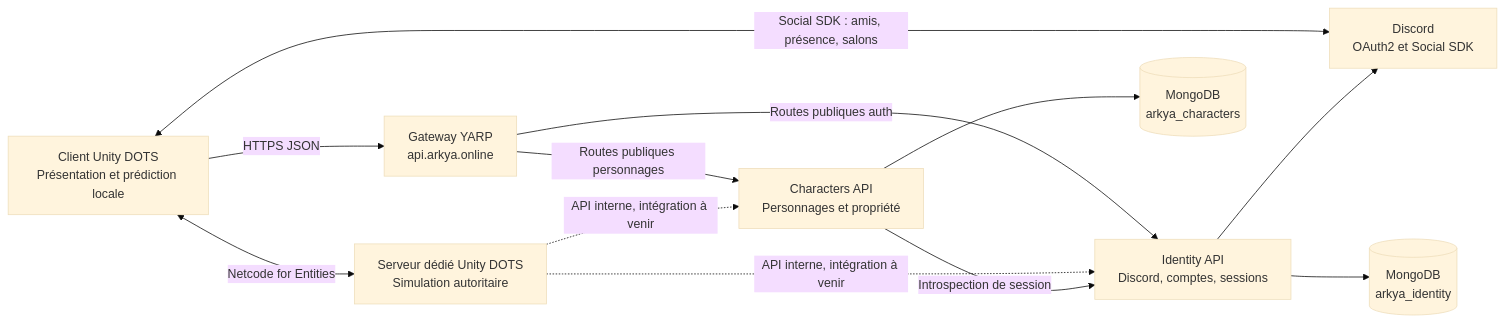
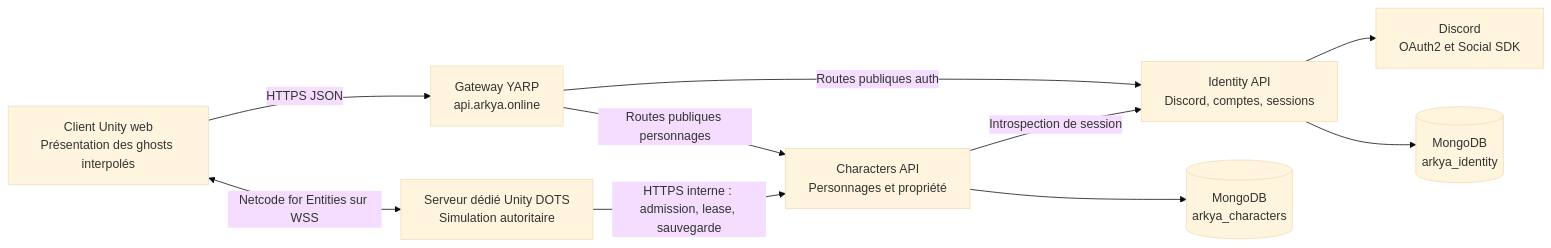
One commit to Hantse/arkya-services changed the diagram in docs/ARCHITECTURE.md. Above: the diagram before and after it, drawn with Mermaid (base theme). The commit also changed other lines of this file and 359 other files, not shown here.

````diff
--- a/docs/ARCHITECTURE.md
+++ b/docs/ARCHITECTURE.md
@@ -9,23 +9,21 @@
 ```mermaid
 flowchart LR
-    Client["Client Unity DOTS\nPrésentation et prédiction locale"]
+    Client["Client Unity web\nPrésentation des ghosts interpolés"]
     GameServer["Serveur dédié Unity DOTS\nSimulation autoritaire"]
     Gateway["Gateway YARP\napi.arkya.online"]
     Identity["Identity API\nDiscord, comptes, sessions"]
     Characters["Characters API\nPersonnages et propriété"]
     IdentityDb[("MongoDB\narkya_identity")]
     CharactersDb[("MongoDB\narkya_characters")]
     Discord["Discord\nOAuth2 et Social SDK"]
 
-    Client <-->|Netcode for Entities| GameServer
+    Client <-->|Netcode for Entities sur WSS| GameServer
     Client -->|HTTPS JSON| Gateway
     Gateway -->|Routes publiques auth| Identity
     Gateway -->|Routes publiques personnages| Characters
-    Client <-->|Social SDK : amis, présence, salons| Discord
-    GameServer -.->|API interne, intégration à venir| Identity
-    GameServer -.->|API interne, intégration à venir| Characters
+    GameServer -->|HTTPS interne : admission, lease, sauvegarde| Characters
     Characters -->|Introspection de session| Identity
     Identity --> Discord
     Identity --> IdentityDb
     Characters --> CharactersDb
 ```
````
